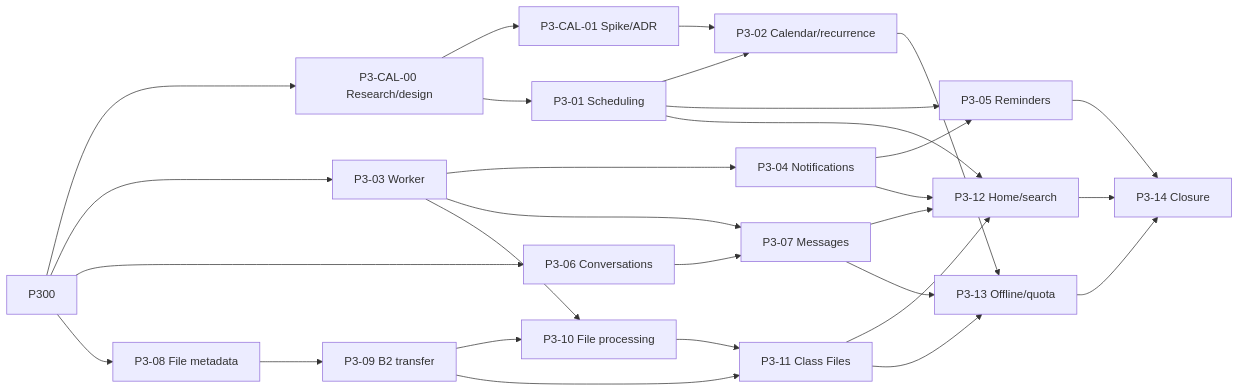
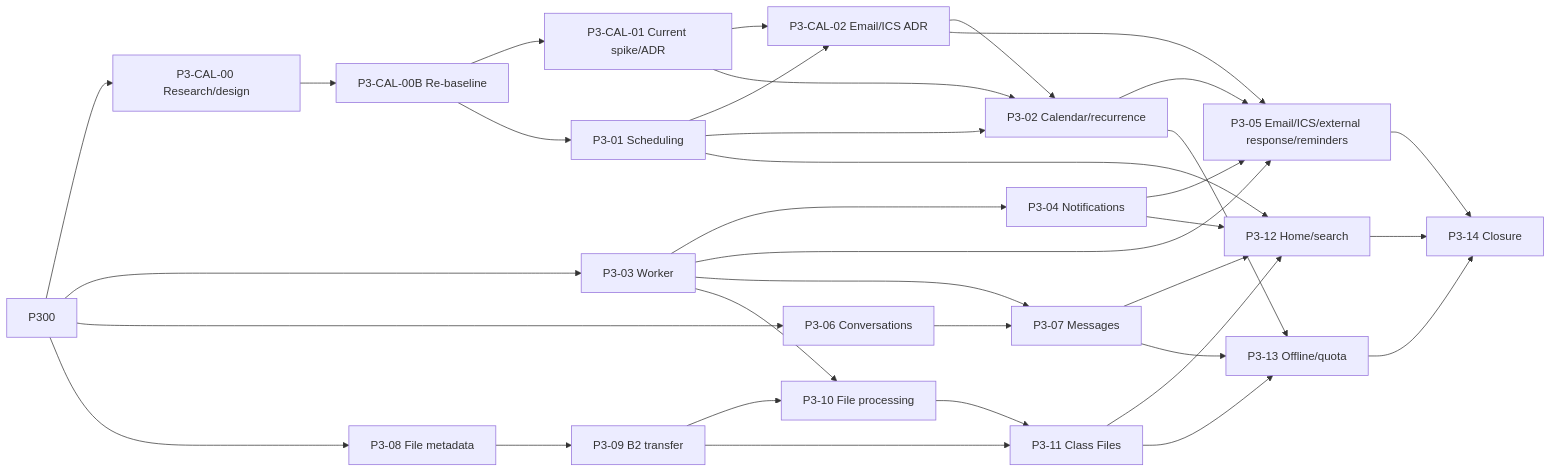
The diagram in docs/PHASE_3_BACKLOG.md (basangnguyen/TUTORHUB_WEB), drawn with Mermaid before and after one commit. The commit also changed other lines of this file and 7 other files, not shown here.

````diff
--- a/docs/PHASE_3_BACKLOG.md
+++ b/docs/PHASE_3_BACKLOG.md
@@ -78,31 +90,37 @@
 ```mermaid
 flowchart LR
     P300 --> PC00["P3-CAL-00 Research/design"]
-    PC00 --> PC01["P3-CAL-01 Spike/ADR"]
-    PC00 --> P301["P3-01 Scheduling"]
+    PC00 --> PC00B["P3-CAL-00B Re-baseline"]
+    PC00B --> PC01["P3-CAL-01 Current spike/ADR"]
+    PC00B --> P301["P3-01 Scheduling"]
+    PC01 --> PC02["P3-CAL-02 Email/ICS ADR"]
+    P301 --> PC02
     PC01 --> P302
+    PC02 --> P302
     P300 --> P303["P3-03 Worker"]
     P300 --> P306["P3-06 Conversations"]
     P300 --> P308["P3-08 File metadata"]
     P301 --> P302["P3-02 Calendar/recurrence"]
-    P301 --> P305["P3-05 Reminders"]
     P303 --> P304["P3-04 Notifications"]
+    PC02 --> P305["P3-05 Email/ICS/external response/reminders"]
+    P302 --> P305
+    P303 --> P305
     P304 --> P305
     P306 --> P307["P3-07 Messages"]
     P303 --> P307
     P308 --> P309["P3-09 B2 transfer"]
     P309 --> P310["P3-10 File processing"]
     P303 --> P310
     P309 --> P311["P3-11 Class Files"]
     P310 --> P311
     P301 --> P312["P3-12 Home/search"]
     P304 --> P312
     P307 --> P312
     P311 --> P312
     P302 --> P313["P3-13 Offline/quota"]
     P307 --> P313
     P311 --> P313
     P305 --> P314["P3-14 Closure"]
     P312 --> P314
     P313 --> P314
 ```
````
